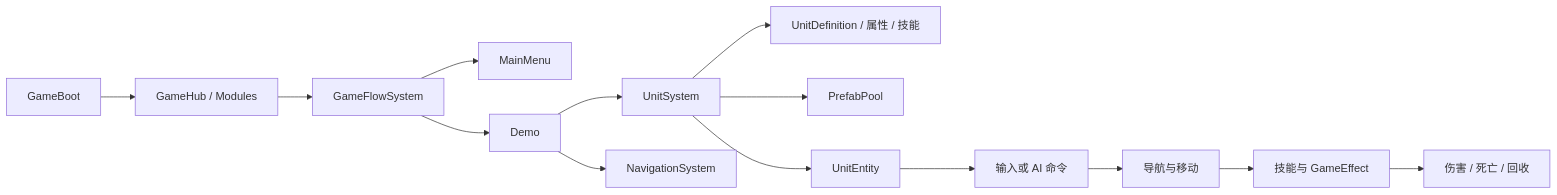
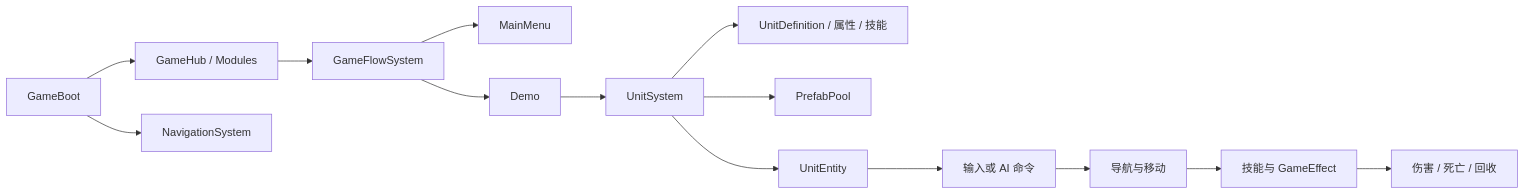
The diagram in PROJECT_BRIEF.md (WLDZS/Tiny-Nations), drawn with Mermaid before and after one commit. The commit also changed other lines of this file and 61 other files, not shown here.

````diff
--- a/PROJECT_BRIEF.md
+++ b/PROJECT_BRIEF.md
@@ -60,16 +60,16 @@
 ```mermaid
 flowchart LR
     Boot[GameBoot] --> Hub[GameHub / Modules]
     Hub --> Flow[GameFlowSystem]
     Flow --> Menu[MainMenu]
     Flow --> Demo[Demo]
     Demo --> UnitSystem[UnitSystem]
-    Demo --> Navigation[NavigationSystem]
+    Boot --> Navigation[NavigationSystem]
     UnitSystem --> Definition[UnitDefinition / 属性 / 技能]
     UnitSystem --> Pool[PrefabPool]
     UnitSystem --> Entity[UnitEntity]
     Entity --> Command[输入或 AI 命令]
     Command --> Path[导航与移动]
     Path --> Combat[技能与 GameEffect]
     Combat --> Death[伤害 / 死亡 / 回收]
 ```
````
